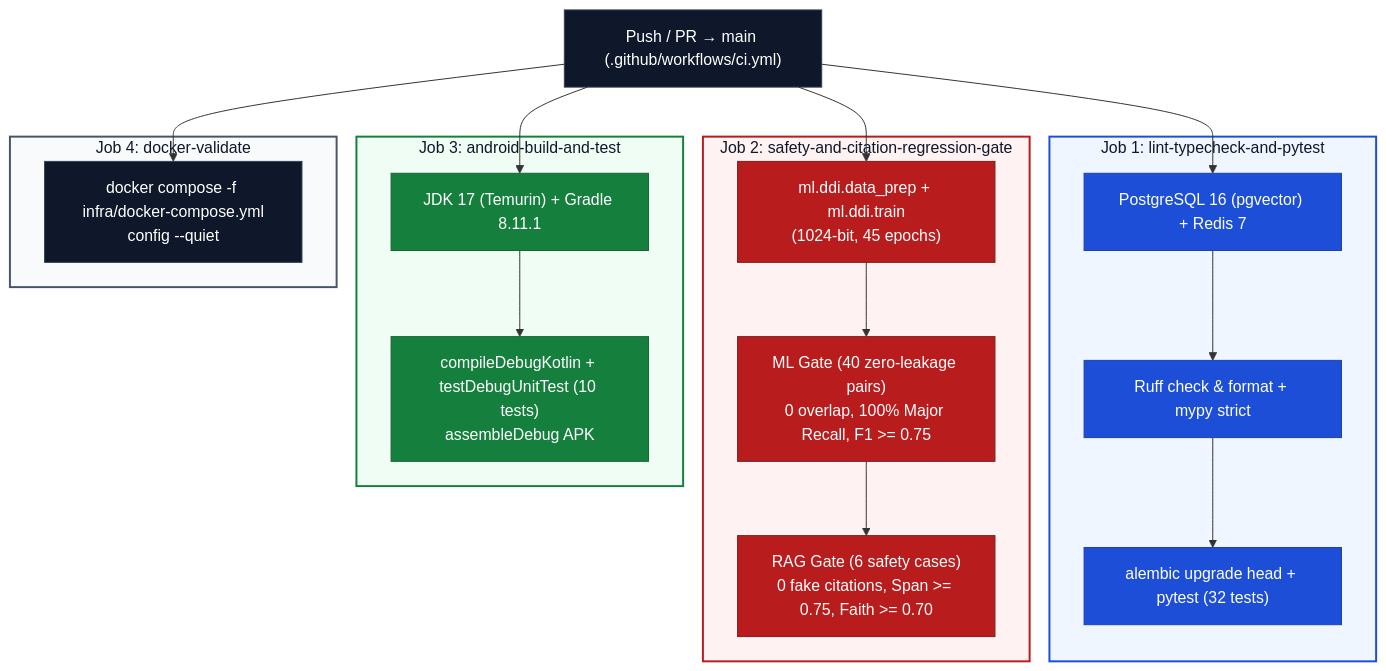
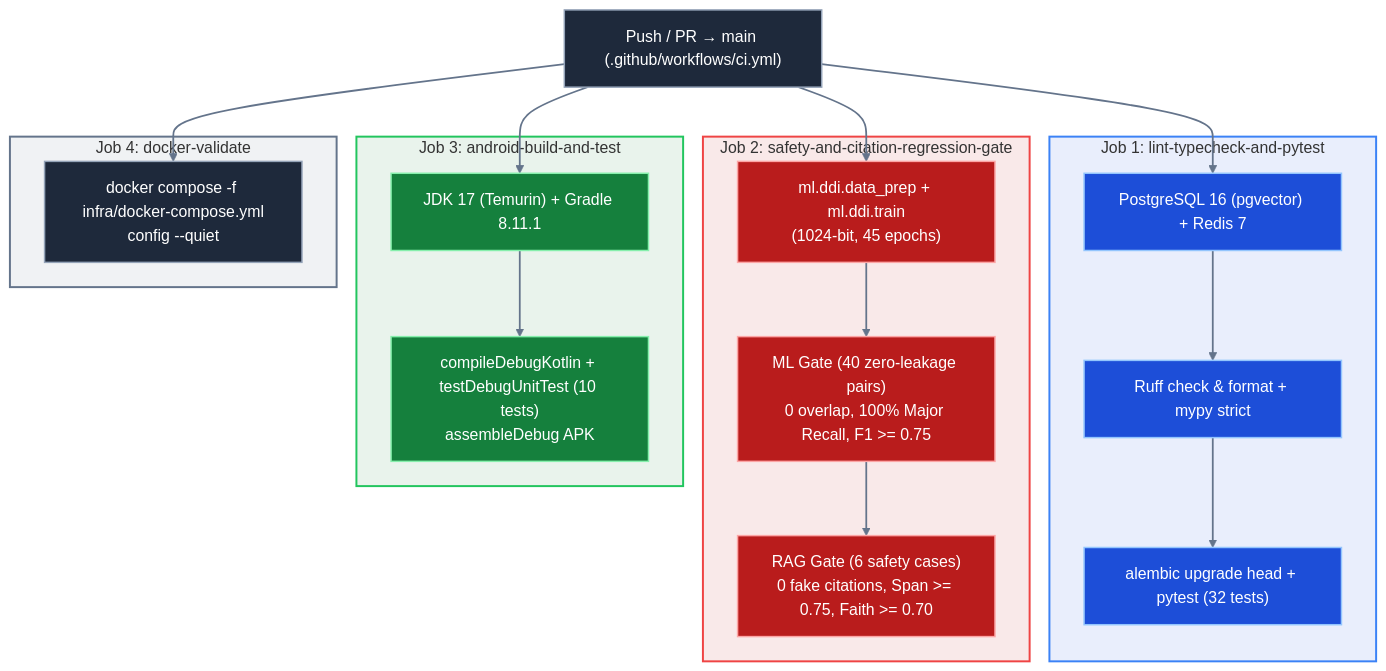
Before and after one commit to hrdk6/PillScope: the eighth of 8 diagrams in README.md, drawn with Mermaid. The commit also changed other lines of this file, not shown here.

Commit message:
docs: fix Mermaid dark-mode contrast, diagram proportions, and normalizer counts

````diff
--- a/README.md
+++ b/README.md
@@ -699,40 +701,42 @@
 ```mermaid
 flowchart TB
     PUSH["Push / PR → main (.github/workflows/ci.yml)"]
 
     subgraph J1["Job 1: lint-typecheck-and-pytest"]
         J1A["PostgreSQL 16 (pgvector) + Redis 7"] --> J1B["Ruff check & format + mypy strict"] --> J1C["alembic upgrade head + pytest (32 tests)"]
     end
 
     subgraph J2["Job 2: safety-and-citation-regression-gate"]
         J2A["ml.ddi.data_prep + ml.ddi.train<br/>(1024-bit, 45 epochs)"] --> J2B["ML Gate (40 zero-leakage pairs)<br/>0 overlap, 100% Major Recall, F1 >= 0.75"] --> J2C["RAG Gate (6 safety cases)<br/>0 fake citations, Span >= 0.75, Faith >= 0.70"]
     end
 
     subgraph J3["Job 3: android-build-and-test"]
         J3A["JDK 17 (Temurin) + Gradle 8.11.1"] --> J3B["compileDebugKotlin + testDebugUnitTest (10 tests)<br/>assembleDebug APK"]
     end
 
     subgraph J4["Job 4: docker-validate"]
         J4A["docker compose -f infra/docker-compose.yml<br/>config --quiet"]
     end
 
     PUSH --> J1A
     PUSH --> J2A
     PUSH --> J3A
     PUSH --> J4A
 
-    style J1 fill:#EFF6FF,stroke:#1D4ED8,stroke-width:2px,color:#0F172A
-    style J2 fill:#FEF2F2,stroke:#B91C1C,stroke-width:2px,color:#0F172A
-    style J3 fill:#F0FDF4,stroke:#15803D,stroke-width:2px,color:#0F172A
-    style J4 fill:#F8FAFC,stroke:#475569,stroke-width:2px,color:#0F172A
+    style J1 fill:#1D4ED818,stroke:#3B82F6,stroke-width:2px
+    style J2 fill:#B91C1C18,stroke:#EF4444,stroke-width:2px
+    style J3 fill:#15803D18,stroke:#22C55E,stroke-width:2px
+    style J4 fill:#64748B18,stroke:#64748B,stroke-width:2px
 
-    classDef slate fill:#0F172A,stroke:#334155,color:#FFFFFF
-    classDef cobalt fill:#1D4ED8,stroke:#1E40AF,color:#FFFFFF
-    classDef crimson fill:#B91C1C,stroke:#7F1D1D,color:#FFFFFF
-    classDef emerald fill:#15803D,stroke:#166534,color:#FFFFFF
+    linkStyle default stroke:#64748B,stroke-width:1.8px
+
+    classDef slate fill:#1E293B,stroke:#94A3B8,stroke-width:1.5px,color:#FFFFFF
+    classDef cobalt fill:#1D4ED8,stroke:#93C5FD,stroke-width:1.5px,color:#FFFFFF
+    classDef crimson fill:#B91C1C,stroke:#FCA5A5,stroke-width:1.5px,color:#FFFFFF
+    classDef emerald fill:#15803D,stroke:#86EFAC,stroke-width:1.5px,color:#FFFFFF
 
     class PUSH,J4A slate
     class J1A,J1B,J1C cobalt
     class J2A,J2B,J2C crimson
     class J3A,J3B emerald
 ```
````
